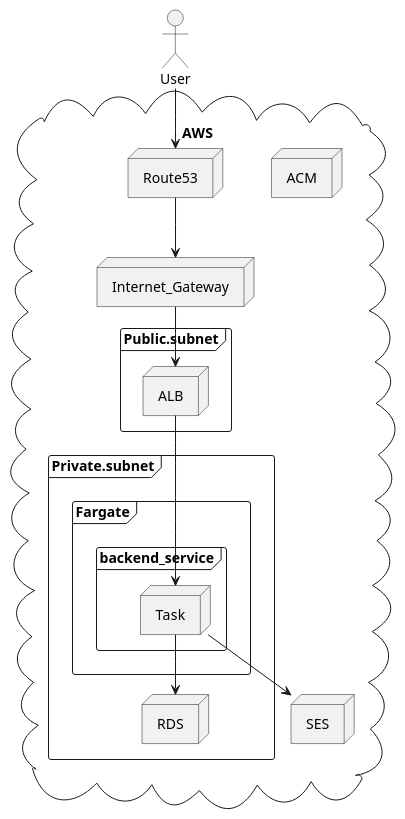
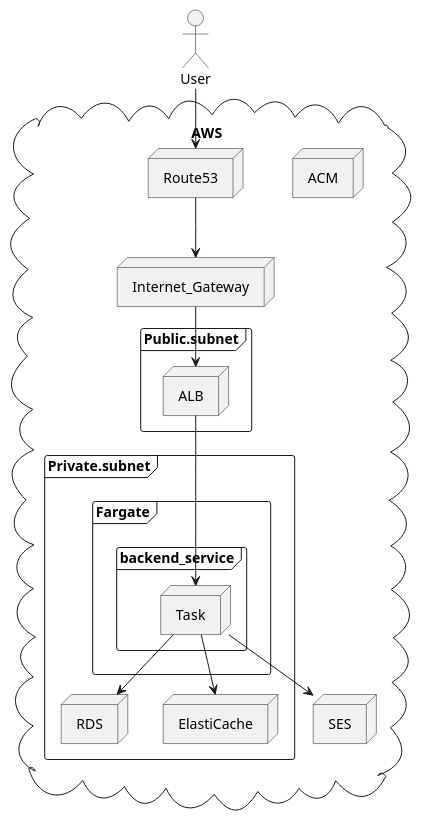
Before and after one commit to TAKAHIRO-03/GoodHabits_doc: the first of 2 diagrams in BD/bd.md, drawn with PlantUML. The commit also changed other lines of this file, not shown here.

````diff
--- a/BD/bd.md
+++ b/BD/bd.md
@@ -14,30 +14,32 @@
 ```plantuml
 actor User
 
 cloud AWS {
   node Internet_Gateway
   node ACM
   node Route53
 
   frame Public.subnet {
     node ALB
   }
   frame Private.subnet {
     frame Fargate {
       frame backend_service {
         node Task
       }
     }
     node RDS
+    node ElastiCache
   }
   node SES
 }
 
 User --> Route53
 Route53 --> Internet_Gateway
 Internet_Gateway --> ALB
 ALB --> Task
 Task --> RDS
 Task --> SES
+Task --> ElastiCache
 
 ```
````
